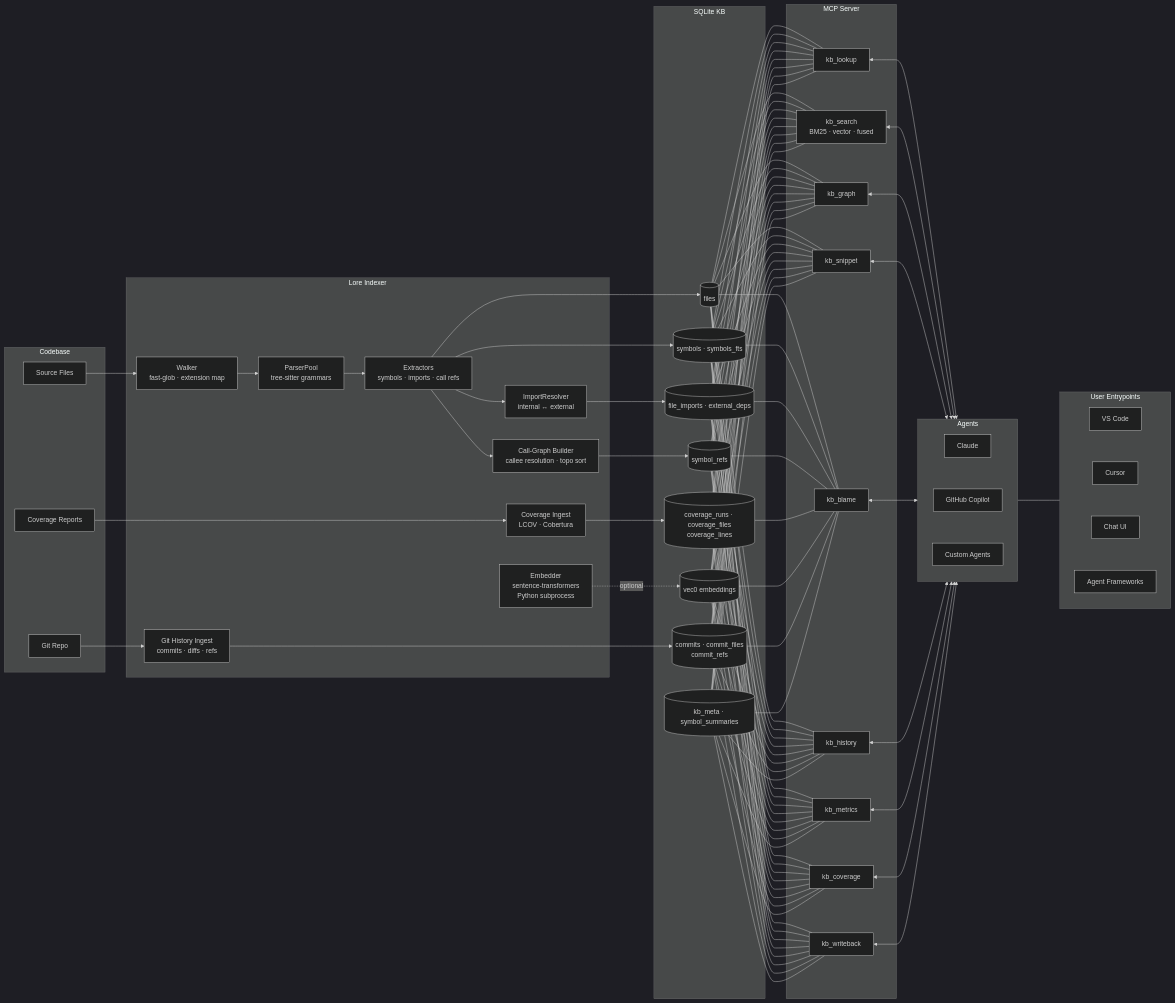
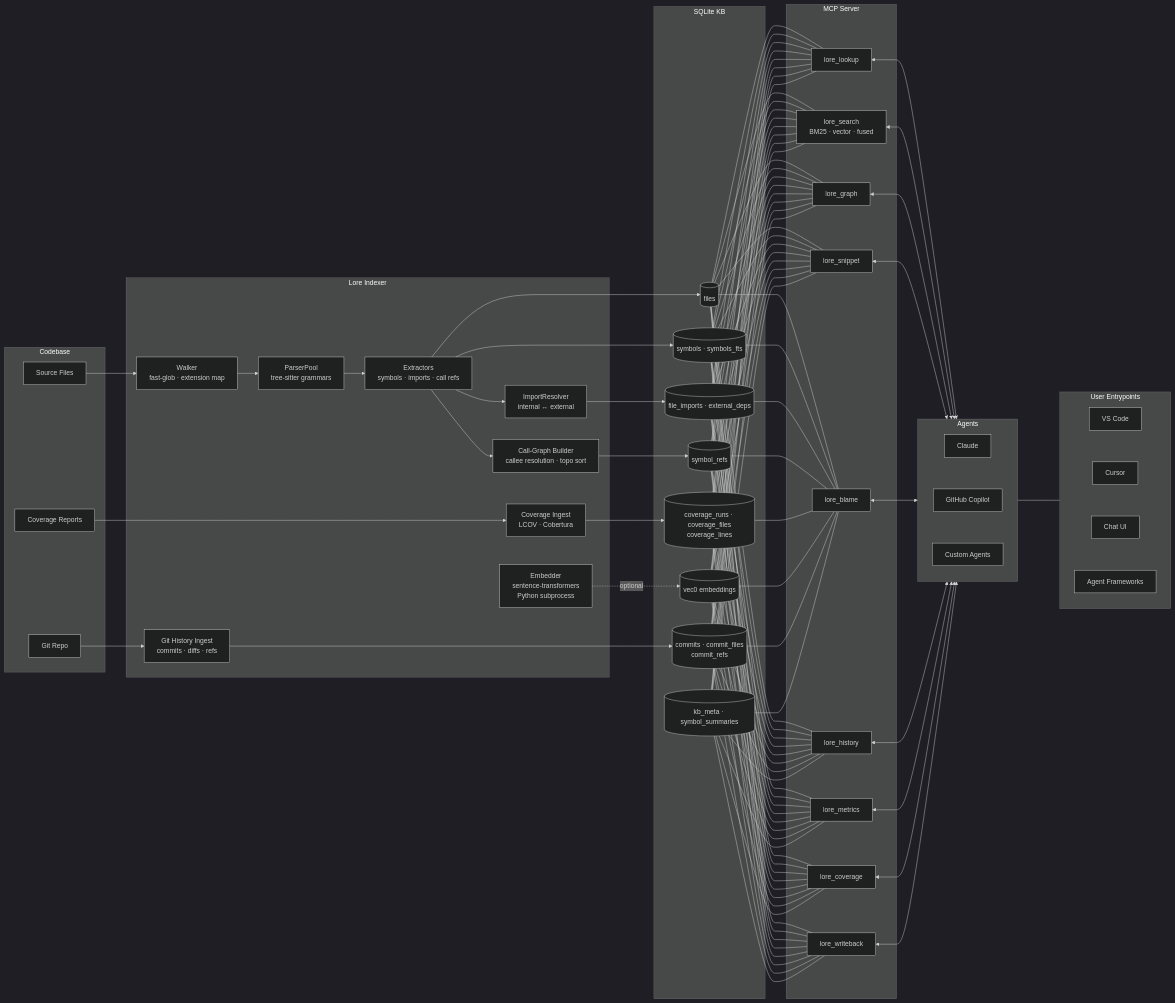
The diagram in docs/architecture.md (jafreck/Lore), drawn with Mermaid (dark theme) before and after one commit. The commit also changed other lines of this file and 24 other files, not shown here.

````diff
--- a/docs/architecture.md
+++ b/docs/architecture.md
@@ -7,72 +7,72 @@
 ```mermaid
 flowchart LR
     subgraph Codebase
         SRC[Source Files]
         GIT[Git Repo]
         COVREP[Coverage Reports]
     end
 
     subgraph Lore Indexer
         WALK[Walker<br/>fast-glob · extension map]
         PARSE[ParserPool<br/>tree-sitter grammars]
         EXTRACT[Extractors<br/>symbols · imports · call refs]
         RESOLVE[ImportResolver<br/>internal ↔ external]
         CALLGRAPH[Call-Graph Builder<br/>callee resolution · topo sort]
         COVER[Coverage Ingest<br/>LCOV · Cobertura]
         EMBED[Embedder<br/>sentence-transformers<br/>Python subprocess]
         GITHIST[Git History Ingest<br/>commits · diffs · refs]
     end
 
     subgraph SQLite KB
         FILES[(files)]
         SYM[(symbols · symbols_fts)]
         IMP[(file_imports · external_deps)]
         REFS[(symbol_refs)]
         COV[(coverage_runs · coverage_files<br/>coverage_lines)]
         VEC[(vec0 embeddings)]
         HIST[(commits · commit_files<br/>commit_refs)]
         META[(kb_meta · symbol_summaries)]
     end
 
     subgraph MCP Server
-        LOOKUP[kb_lookup]
-        SEARCH[kb_search<br/>BM25 · vector · fused]
-        GRAPH[kb_graph]
-        SNIPPET[kb_snippet]
-        BLAME[kb_blame]
-        HISTORY[kb_history]
-        METRICS[kb_metrics]
-        KB_COVERAGE[kb_coverage]
-        WRITEBACK[kb_writeback]
+        LOOKUP[lore_lookup]
+        SEARCH[lore_search<br/>BM25 · vector · fused]
+        GRAPH[lore_graph]
+        SNIPPET[lore_snippet]
+        BLAME[lore_blame]
+        HISTORY[lore_history]
+        METRICS[lore_metrics]
+        KB_COVERAGE[lore_coverage]
+        WRITEBACK[lore_writeback]
     end
 
     subgraph LLM_AGENTS[Agents]
         CLAUDE[Claude]
         COPILOT[GitHub Copilot]
         CUSTOM_AGENT[Custom Agents]
         CLAUDE ~~~ COPILOT ~~~ CUSTOM_AGENT
     end
 
     subgraph ENTRY[User Entrypoints]
         VSCODE[VS Code]
         CURSOR[Cursor]
         CHAT[Chat UI]
         ORCH[Agent Frameworks]
         VSCODE ~~~ CURSOR ~~~ CHAT ~~~ ORCH
     end
 
     SRC --> WALK --> PARSE --> EXTRACT
     EXTRACT --> RESOLVE --> IMP
     EXTRACT --> CALLGRAPH --> REFS
     EXTRACT --> FILES & SYM
     COVER --> COV
     COVREP --> COVER
     EMBED -.->|optional| VEC
     GIT --> GITHIST --> HIST
 
     FILES & SYM & IMP & REFS & COV & VEC & HIST & META --- LOOKUP & SEARCH & GRAPH & SNIPPET & BLAME & HISTORY & METRICS & KB_COVERAGE & WRITEBACK
 
     LOOKUP & SEARCH & GRAPH & SNIPPET & BLAME & HISTORY & METRICS & KB_COVERAGE & WRITEBACK <--> LLM_AGENTS
 
     LLM_AGENTS <--- ENTRY
 ```
````
